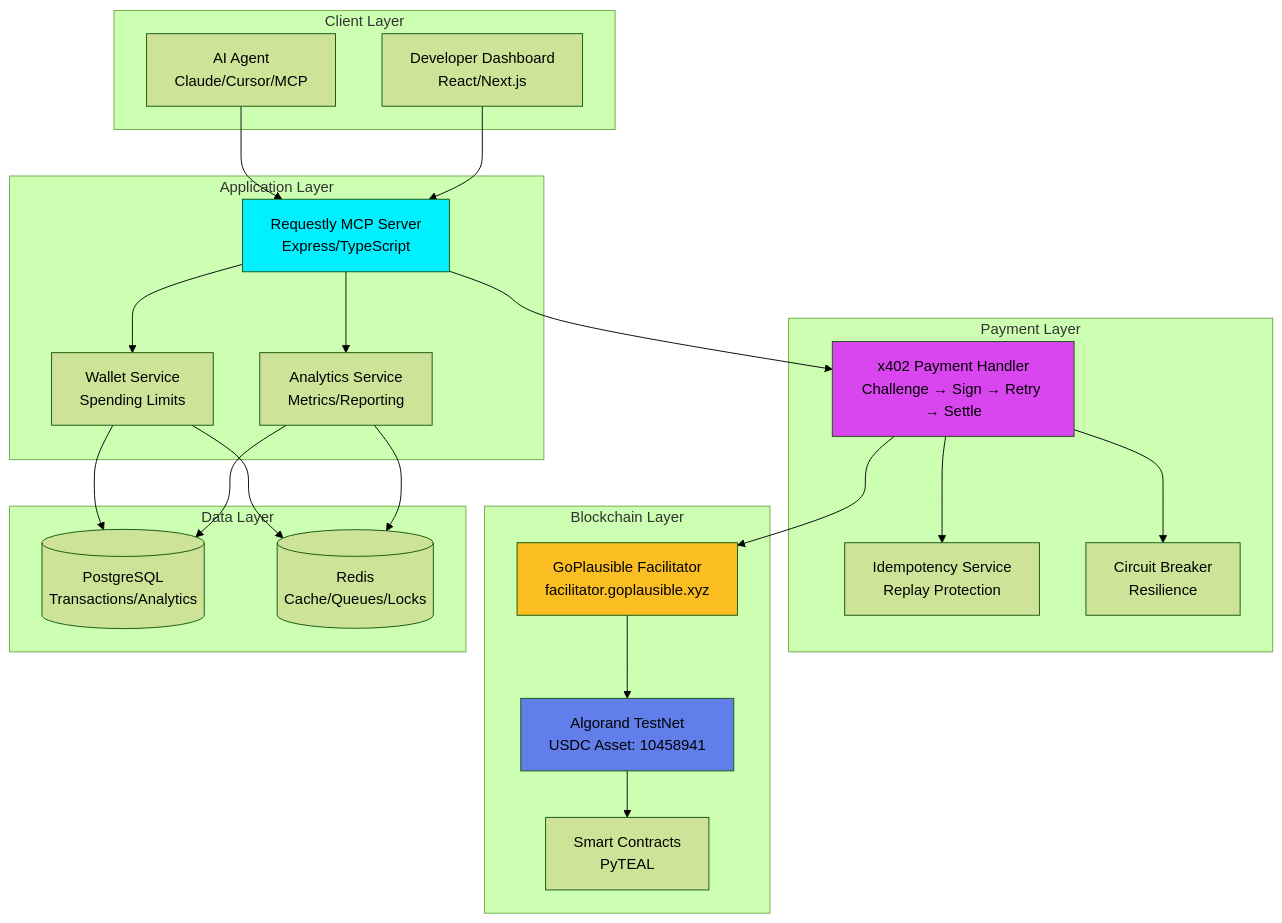
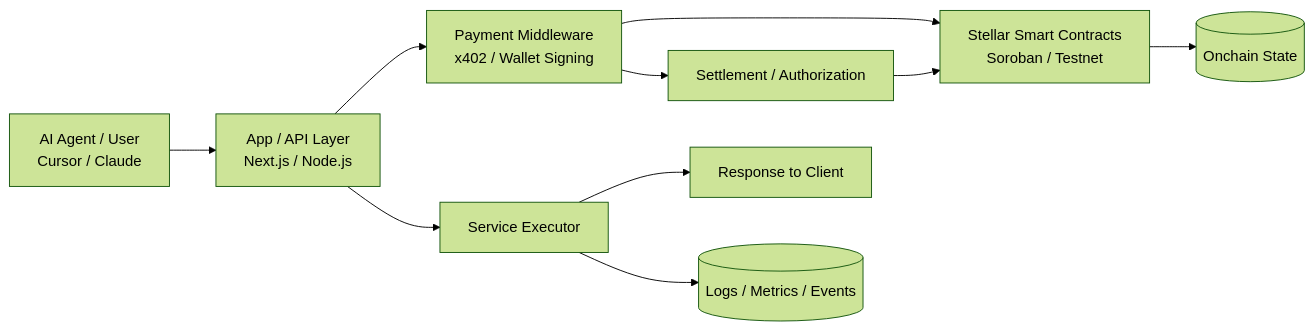
One commit to lucylow/Requestly-Brainwave-2026-X402-Blockchain-Track changed the first of 6 diagrams in README.md. Above: the diagram before and after it, drawn with Mermaid (forest theme). The commit also changed other lines of this file and 241 other files, not shown here.

````diff
--- a/README.md
+++ b/README.md
@@ -219,50 +43,15 @@
 ```mermaid
-graph TB
-    subgraph "Client Layer"
-        A[AI Agent<br/>Claude/Cursor/MCP]
-        B[Developer Dashboard<br/>React/Next.js]
-    end
-    
-    subgraph "Application Layer"
-        C[Requestly MCP Server<br/>Express/TypeScript]
-        D[Wallet Service<br/>Spending Limits]
-        E[Analytics Service<br/>Metrics/Reporting]
-    end
-    
-    subgraph "Payment Layer"
-        F[x402 Payment Handler<br/>Challenge → Sign → Retry → Settle]
-        G[Idempotency Service<br/>Replay Protection]
-        H[Circuit Breaker<br/>Resilience]
-    end
-    
-    subgraph "Blockchain Layer"
-        I[GoPlausible Facilitator<br/>facilitator.goplausible.xyz]
-        J[Algorand TestNet<br/>USDC Asset: 10458941]
-        K[Smart Contracts<br/>PyTEAL]
-    end
-    
-    subgraph "Data Layer"
-        L[(PostgreSQL<br/>Transactions/Analytics)]
-        M[(Redis<br/>Cache/Queues/Locks)]
-    end
-    
-    A --> C
-    B --> C
-    C --> F
-    F --> G
-    F --> H
-    F --> I
-    I --> J
-    J --> K
-    C --> D
-    C --> E
-    D --> L
-    D --> M
-    E --> L
-    E --> M
-    
-    style C fill:#00F0FF,color:#000
-    style F fill:#D946EF,color:#000
-    style I fill:#FBBF24,color:#000
-    style J fill:#627EEA,color:#000
+flowchart LR
+    A[AI Agent / User<br/>Cursor / Claude] --> B[App / API Layer<br/>Next.js / Node.js]
+    B --> C[Payment Middleware<br/>x402 / Wallet Signing]
+    C --> D[Stellar Smart Contracts<br/>Soroban / Testnet]
+
+    B --> E[Service Executor]
+    E --> F[Response to Client]
+
+    C --> G[Settlement / Authorization]
+    G --> D
+
+    D --> H[(Onchain State)]
+    E --> I[(Logs / Metrics / Events)]
 ```
````
